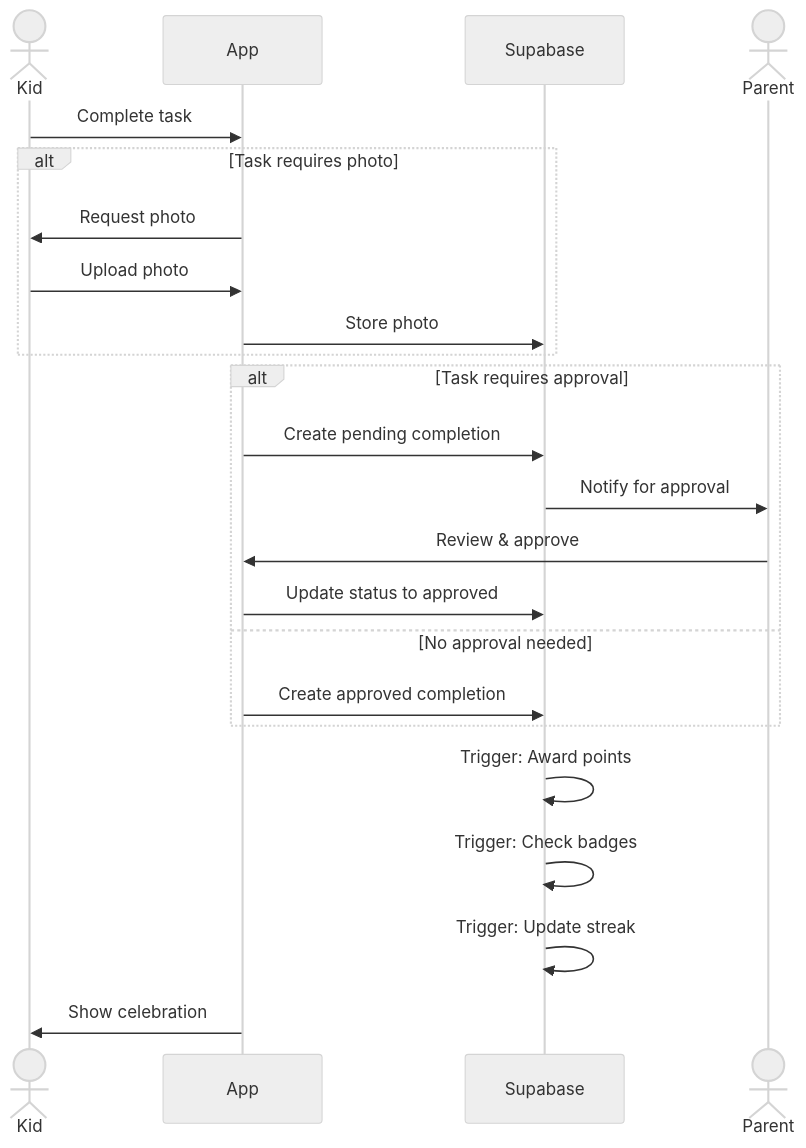
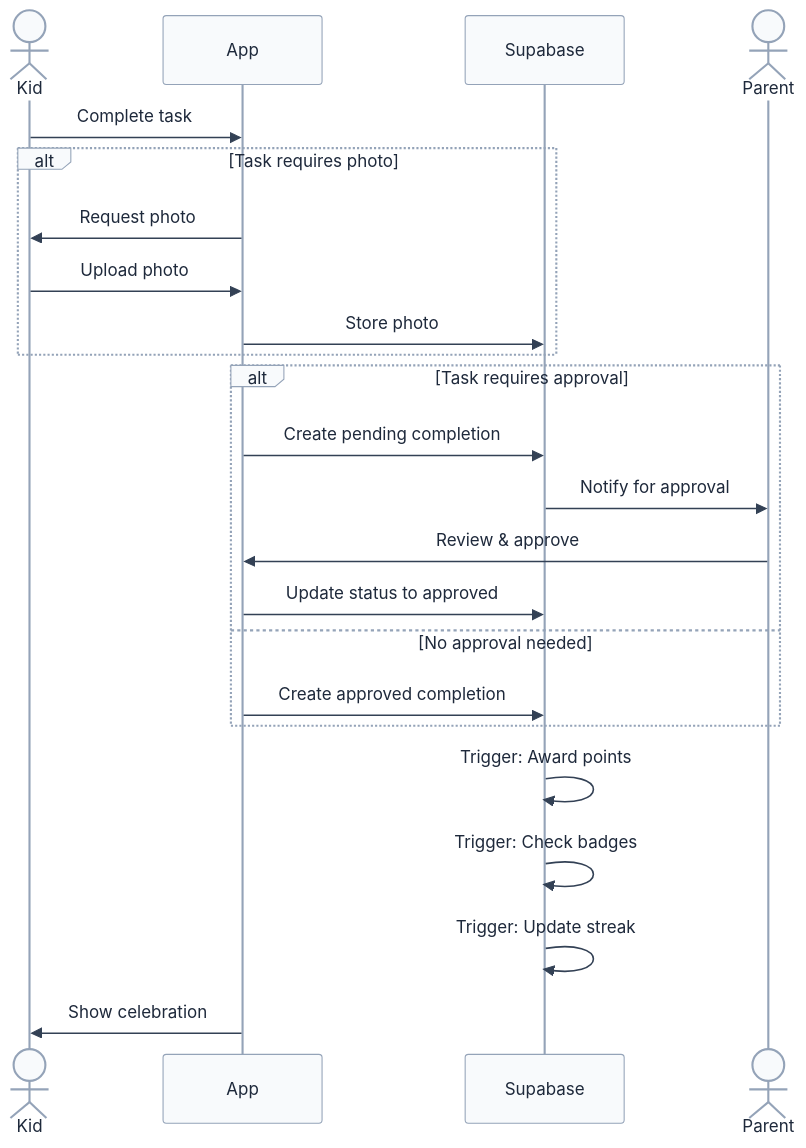
The fourth of 6 diagrams in README.md (anisha-agarwal/chore-champions), drawn with Mermaid before and after one commit. The commit also changed other lines of this file and 2 other files, not shown here.

First line of the commit message:
Improve Mermaid diagram contrast for dark mode

````diff
--- a/README.md
+++ b/README.md
@@ -176,30 +176,30 @@
 ```mermaid
-%%{init: {'theme': 'neutral'}}%%
+%%{init: {'theme': 'base', 'themeVariables': {'primaryColor': '#6366f1', 'primaryTextColor': '#fff', 'primaryBorderColor': '#4f46e5', 'lineColor': '#94a3b8', 'secondaryColor': '#f1f5f9', 'tertiaryColor': '#e2e8f0', 'actorTextColor': '#1e293b', 'actorBkg': '#f8fafc', 'actorBorder': '#94a3b8', 'signalColor': '#334155', 'signalTextColor': '#1e293b'}}}%%
 sequenceDiagram
     actor Kid
     participant App
     participant DB as Supabase
     actor Parent
 
     Kid->>App: Complete task
 
     alt Task requires photo
         App->>Kid: Request photo
         Kid->>App: Upload photo
         App->>DB: Store photo
     end
 
     alt Task requires approval
         App->>DB: Create pending completion
         DB->>Parent: Notify for approval
         Parent->>App: Review & approve
         App->>DB: Update status to approved
     else No approval needed
         App->>DB: Create approved completion
     end
 
     DB->>DB: Trigger: Award points
     DB->>DB: Trigger: Check badges
     DB->>DB: Trigger: Update streak
     App->>Kid: Show celebration
 ```
````
